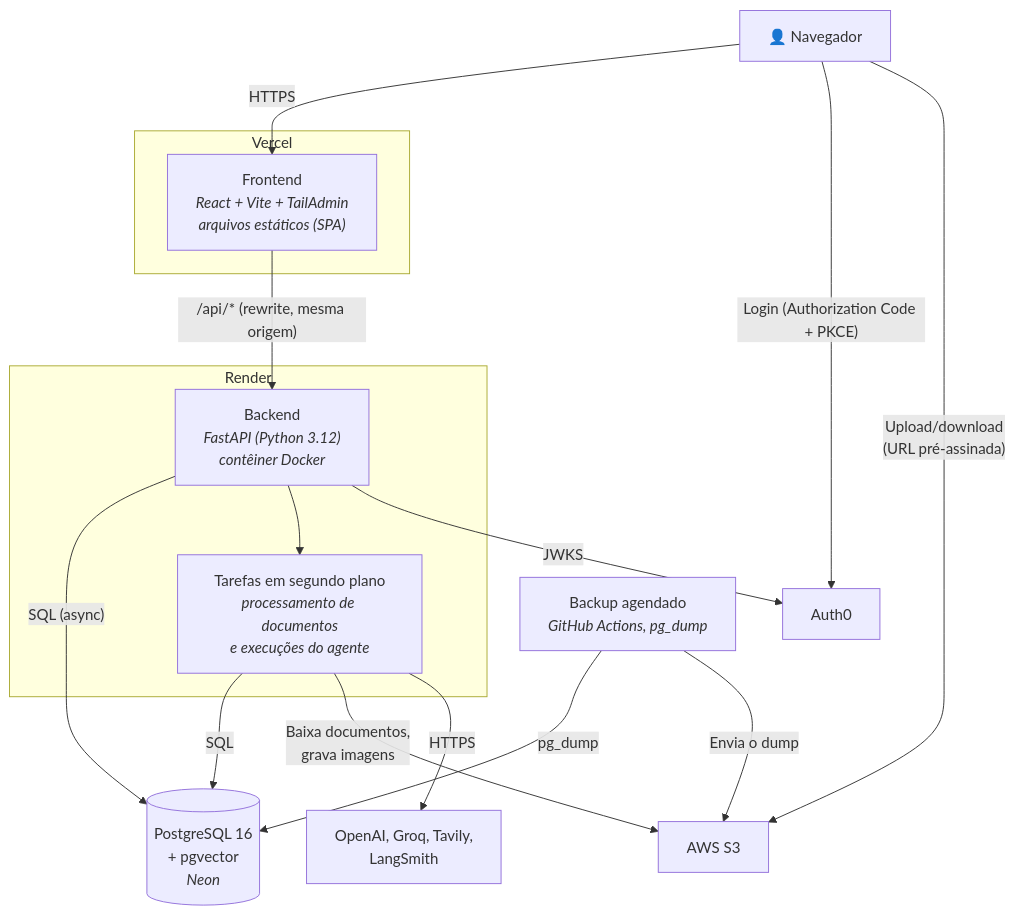
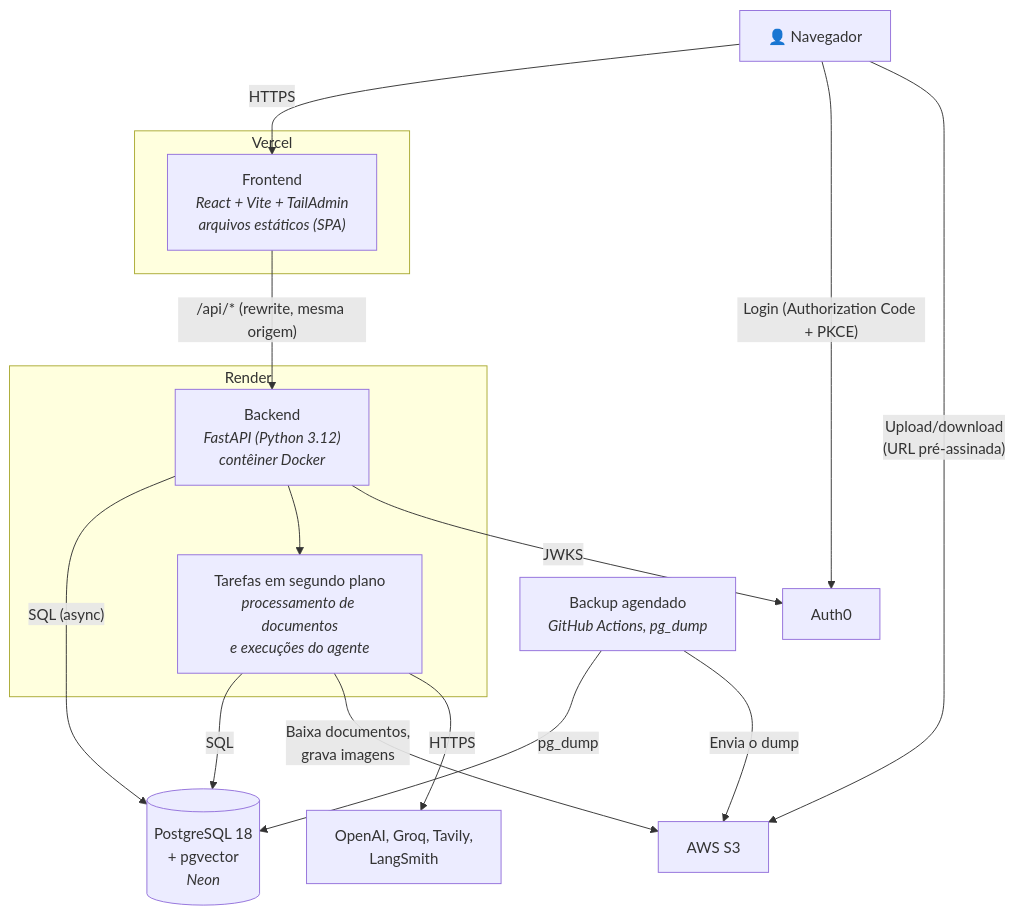
The second of 3 diagrams in _docs/arquitetura.md (JonasRocha189/postpilot-ai), drawn with Mermaid before and after one commit. The commit also changed 5 other files, not shown here.

````diff
--- a/_docs/arquitetura.md
+++ b/_docs/arquitetura.md
@@ -38,31 +38,31 @@
 ```mermaid
 flowchart TB
     browser["👤 Navegador"]
 
     subgraph vercel["Vercel"]
         front["Frontend<br/><i>React + Vite + TailAdmin<br/>arquivos estáticos (SPA)</i>"]
     end
     subgraph render["Render"]
         back["Backend<br/><i>FastAPI (Python 3.12)<br/>contêiner Docker</i>"]
         bg["Tarefas em segundo plano<br/><i>processamento de documentos<br/>e execuções do agente</i>"]
     end
-    db[("PostgreSQL 16<br/>+ pgvector<br/><i>Neon</i>")]
+    db[("PostgreSQL 18<br/>+ pgvector<br/><i>Neon</i>")]
     backup["Backup agendado<br/><i>GitHub Actions, pg_dump</i>"]
 
     s3["AWS S3"]
     auth0["Auth0"]
     ia["OpenAI, Groq, Tavily,<br/>LangSmith"]
 
     browser -- "HTTPS" --> front
     front -- "/api/* (rewrite, mesma origem)" --> back
     browser -- "Login (Authorization Code + PKCE)" --> auth0
     browser -- "Upload/download<br/>(URL pré-assinada)" --> s3
     back -- "SQL (async)" --> db
     back --> bg
     bg -- "SQL" --> db
     bg -- "Baixa documentos,<br/>grava imagens" --> s3
     bg -- "HTTPS" --> ia
     back -- "JWKS" --> auth0
     backup -- "pg_dump" --> db
     backup -- "Envia o dump" --> s3
 ```
````
